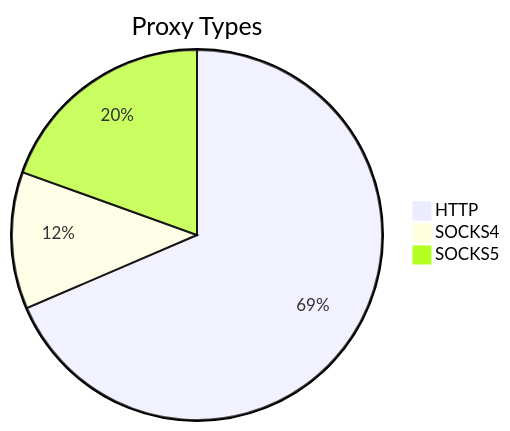
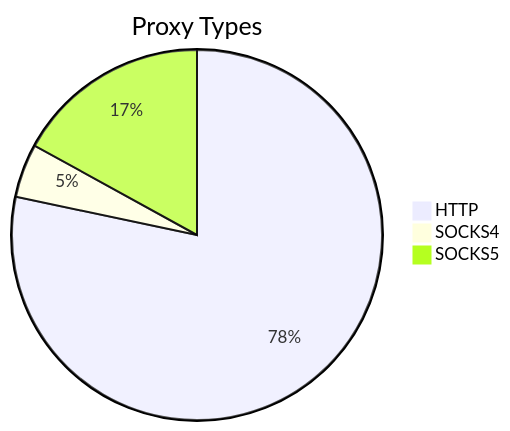
One commit to stormsia/proxy-list changed the first of 2 diagrams in README.md. Above: the diagram before and after it, drawn with Mermaid. The commit also changed other lines of this file, not shown here.

````diff
--- a/README.md
+++ b/README.md
@@ -21,6 +21,6 @@
 ```mermaid
 pie title Proxy Types
-    "HTTP" : 499
-    "SOCKS4" : 87
-    "SOCKS5" : 142
+    "HTTP" : 484
+    "SOCKS4" : 29
+    "SOCKS5" : 105
 ```
````
